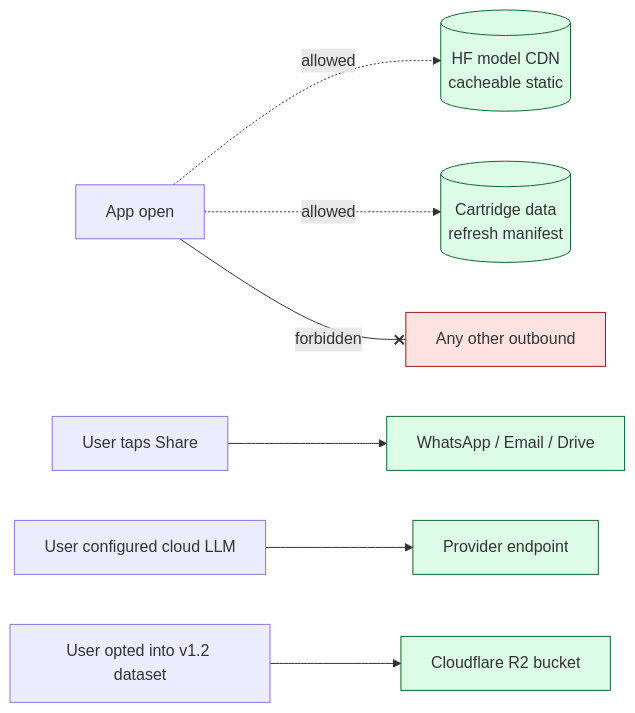
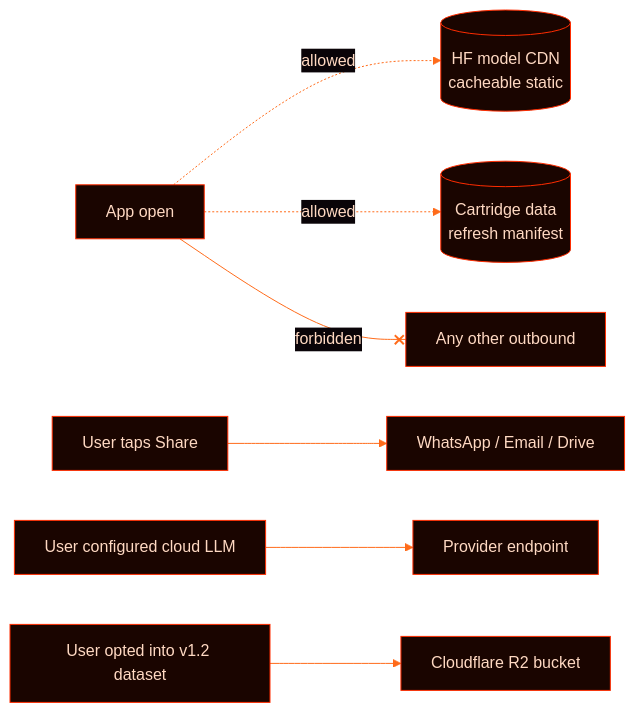
Diagram 11 of 12 in docs/ARCHITECTURE.md (EvolvingAgentsLabs/skillos_mini), drawn with Mermaid before and after one commit. The commit also changed other lines of this file and 9 other files, not shown here.

````diff
--- a/docs/ARCHITECTURE.md
+++ b/docs/ARCHITECTURE.md
@@ -479,15 +506,11 @@
 ```mermaid
+%%{init: {'theme':'base', 'themeVariables': {'primaryColor':'#1a0500','primaryTextColor':'#ffd9c2','primaryBorderColor':'#ff2d00','lineColor':'#ff6b1a','secondaryColor':'#001a24','tertiaryColor':'#0a0408','background':'#0a0408','mainBkg':'#1a0500','edgeLabelBackground':'#0a0408','fontFamily':'ui-monospace, monospace'}}}%%
 flowchart LR
     AppOpen[App open] -.->|allowed| ModelCDN[("HF model CDN<br/>cacheable static")]
     AppOpen -.->|allowed| DataMan[("Cartridge data<br/>refresh manifest")]
     AppOpen --x|forbidden| AnyCloud[Any other outbound]
 
     UserShare[User taps Share] --> WAOK[WhatsApp / Email / Drive]
     UserCloud[User configured cloud LLM] --> CloudOK[Provider endpoint]
     UserDataset[User opted into v1.2 dataset] --> DatasetOK[Cloudflare R2 bucket]
-
-    classDef ok fill:#dcfce7,stroke:#166534
-    classDef bad fill:#fee2e2,stroke:#991b1b
-    class WAOK,CloudOK,DatasetOK,ModelCDN,DataMan ok
-    class AnyCloud bad
 ```
````
